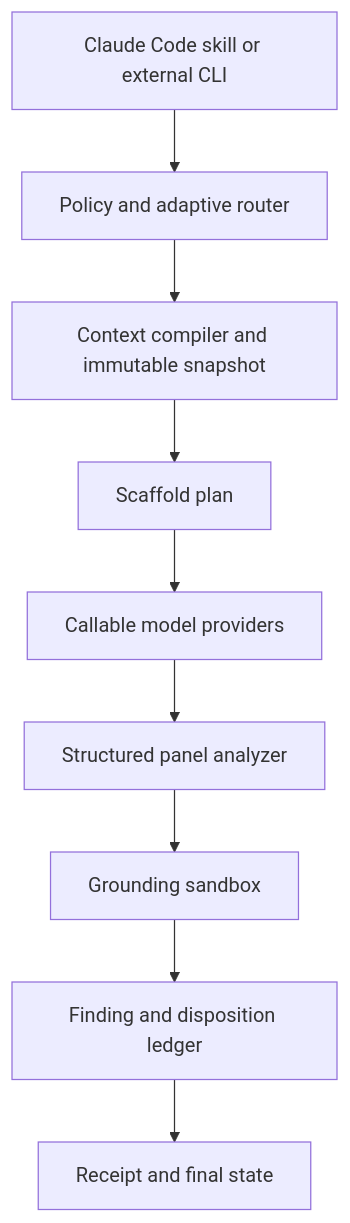
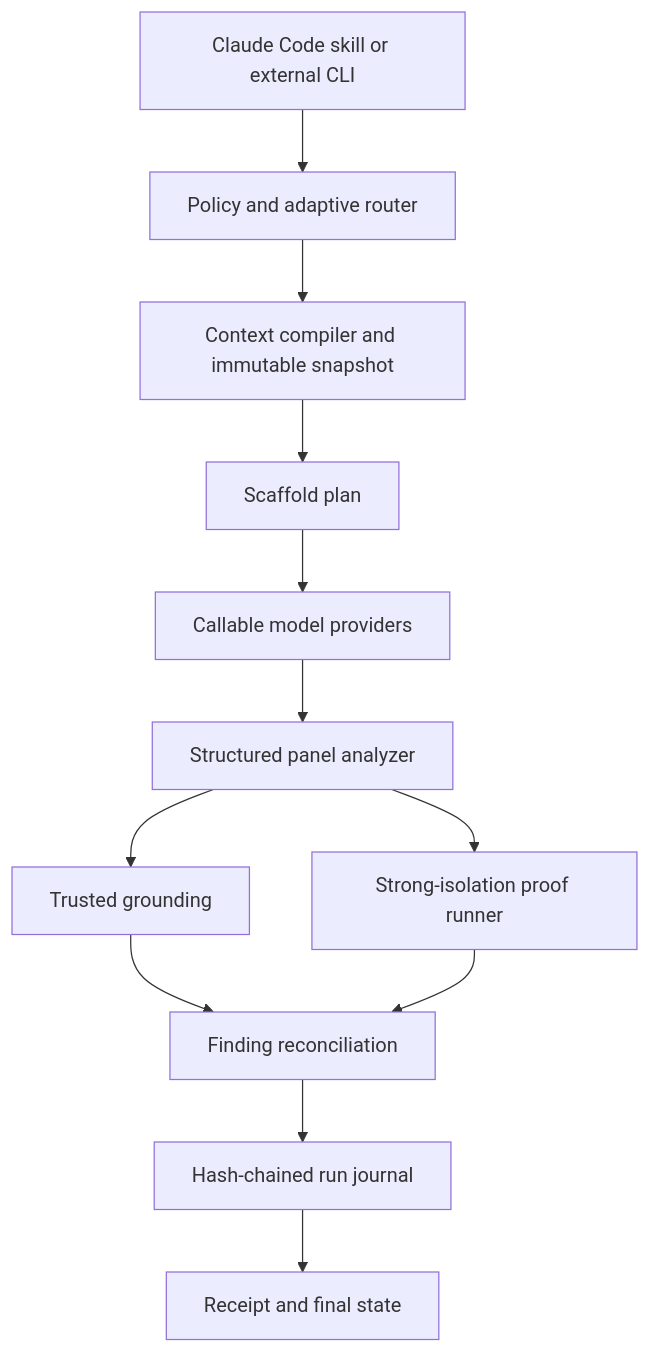
One commit to OnourImpram/autofusion changed the diagram in docs/architecture.md. Above: the diagram before and after it, drawn with Mermaid. The commit also changed other lines of this file and 51 other files, not shown here.

```diff
--- a/docs/architecture.md
+++ b/docs/architecture.md
@@ -5,11 +5,14 @@
 ~~~mermaid
 flowchart TD
     A[Claude Code skill or external CLI] --> B[Policy and adaptive router]
     B --> C[Context compiler and immutable snapshot]
     C --> D[Scaffold plan]
     D --> E[Callable model providers]
     E --> F[Structured panel analyzer]
-    F --> G[Grounding sandbox]
-    G --> H[Finding and disposition ledger]
-    H --> I[Receipt and final state]
+    F --> G[Trusted grounding]
+    F --> H[Strong-isolation proof runner]
+    G --> I[Finding reconciliation]
+    H --> I
+    I --> J[Hash-chained run journal]
+    J --> K[Receipt and final state]
 ~~~
```
